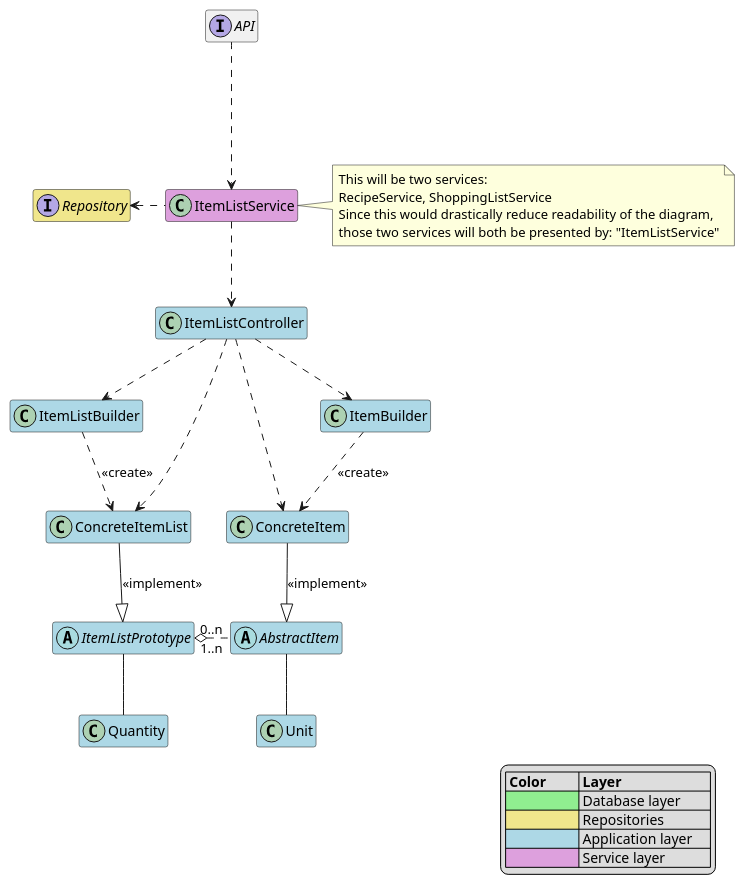
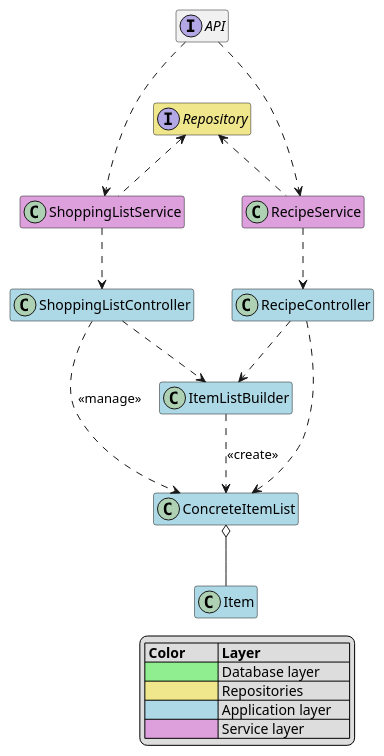
The diagram in Architecture/Application/BlackboxViewApplication.puml (Uhgtred/Recipe_Shopping_List), drawn with PlantUML before and after one commit. The commit also changed 13 other files, not shown here.

Commit message:
refactoring architecture and adapting existing implementation

```diff
--- a/Architecture/Application/BlackboxViewApplication.puml
+++ b/Architecture/Application/BlackboxViewApplication.puml
@@ -1,61 +1,48 @@
 @startuml
 hide empty members
 
 
 interface API
-API ...> ItemListService
-
+API ...> ShoppingListService
+API ...> RecipeService
 
 class ItemListBuilder #lightblue
 ItemListBuilder ..> ConcreteItemList: <<create>>
 
-class ItemListController #lightblue
-ItemListController ..> ConcreteItemList
-ItemListController ..> ConcreteItem
-ItemListController ..> ItemListBuilder
-ItemListController ..> ItemBuilder
+class ShoppingListController #lightblue
+ShoppingListController ..> ItemListBuilder
+ShoppingListController ..> ConcreteItemList: <<manage>>
 
-'class RecipeController
-'RecipeController ..> ConcreteItemList
-'RecipeController ..> ConcreteItem
-'RecipeController ..> ItemListBuilder
-'RecipeController ..> ItemBuilder
+
+class RecipeController #lightblue
+RecipeController ..> ConcreteItemList
+RecipeController ..> ItemListBuilder
 
 class ConcreteItemList #lightblue
-ConcreteItemList -d-|> ItemListPrototype: <<implement>>
+ConcreteItemList o-- Item
 
-class ItemBuilder #lightblue
-ItemBuilder ..> ConcreteItem: <<create>>
-
-class ConcreteItem #lightblue
-ConcreteItem --|> AbstractItem: <<implement>>
-
-abstract class AbstractItem #lightblue
-AbstractItem "1..n" .l.o "0..n" ItemListPrototype
-AbstractItem -- Unit
-
-class Unit #lightblue
+class Item #lightblue
 
 interface Repository #khaki
 
-class ItemListService #plum {
+class ShoppingListService #plum {
 }
-ItemListService .l.> Repository
-ItemListService ..> ItemListController
-'ItemListService ..> RecipeController
+ShoppingListService .u.> Repository
+ShoppingListService ..> ShoppingListController
+'note right of ShoppingListService: This will be two services: \nRecipeService, ShoppingListService \nSince this would drastically reduce readability of the diagram, \nthose two services will both be presented by: "ItemListService"
 
-note right of ItemListService: This will be two services: \nRecipeService, ShoppingListService \nSince this would drastically reduce readability of the diagram, \nthose two services will both be presented by: "ItemListService"
+class RecipeService #plum
+RecipeService ..> RecipeController
+RecipeService .u.> Repository
 
-abstract class ItemListPrototype #lightblue
-ItemListPrototype -- Quantity
-
-class Quantity #lightblue
+'
+'class Quantity #lightblue
 
 legend bottom right
 | **Color**         | **Layer**             |
 | <#lightgreen>     | Database layer        |
 | <#khaki>          | Repositories          |
 | <#lightblue>      | Application layer     |
 | <#plum>           | Service layer         |
 end legend
 @enduml
```
